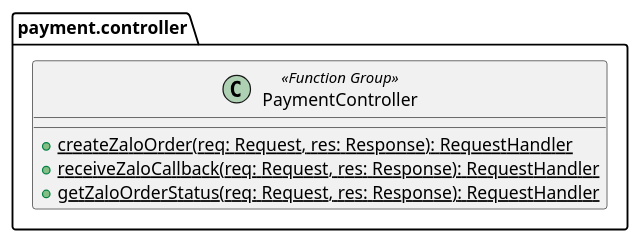
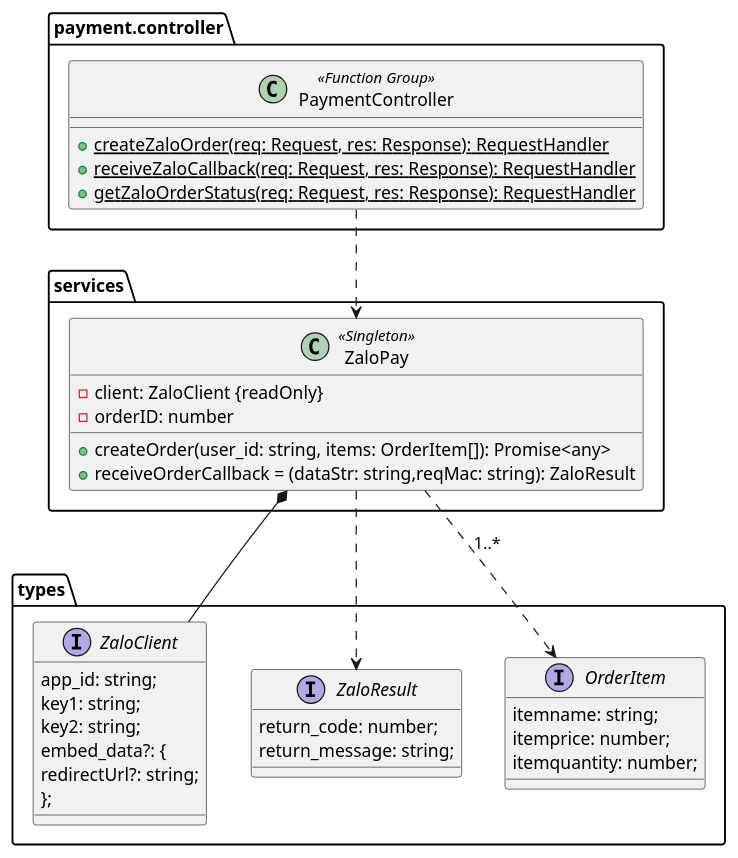
Before and after one commit to MusikStreaming/MusikStreamingBE: the diagram in diagrams/packages/controllers/payment.puml, drawn with PlantUML. The commit also changed 19 other files, not shown here.

Commit message:
[UPDATE]: fixing class diagrams

```diff
--- a/diagrams/packages/controllers/payment.puml
+++ b/diagrams/packages/controllers/payment.puml
@@ -1,12 +1,48 @@
 @startuml
 
 set separator none
 package payment.controller {
     class PaymentController <<Function Group>> {
         + {static} createZaloOrder(req: Request, res: Response): RequestHandler
         + {static} receiveZaloCallback(req: Request, res: Response): RequestHandler
         + {static} getZaloOrderStatus(req: Request, res: Response): RequestHandler
     }
 }
 
+package services {
+    class ZaloPay <<Singleton>> {
+        - client: ZaloClient {readOnly}
+        - orderID: number
+
+        + createOrder(user_id: string, items: OrderItem[]): Promise<any>
+        + receiveOrderCallback = (dataStr: string,reqMac: string): ZaloResult
+    }
+}
+
+package types {
+    interface ZaloClient {
+      app_id: string;
+      key1: string;
+      key2: string;
+      embed_data?: {
+        redirectUrl?: string;
+      };
+    }
+    interface ZaloResult {
+      return_code: number;
+      return_message: string;
+    }
+    interface OrderItem {
+      itemname: string;
+      itemprice: number;
+      itemquantity: number;
+    }
+}
+
+ZaloPay *-- ZaloClient
+ZaloPay ..> ZaloResult
+ZaloPay ..> OrderItem: 1..*
+
+PaymentController ..> ZaloPay
+
 @enduml
```
